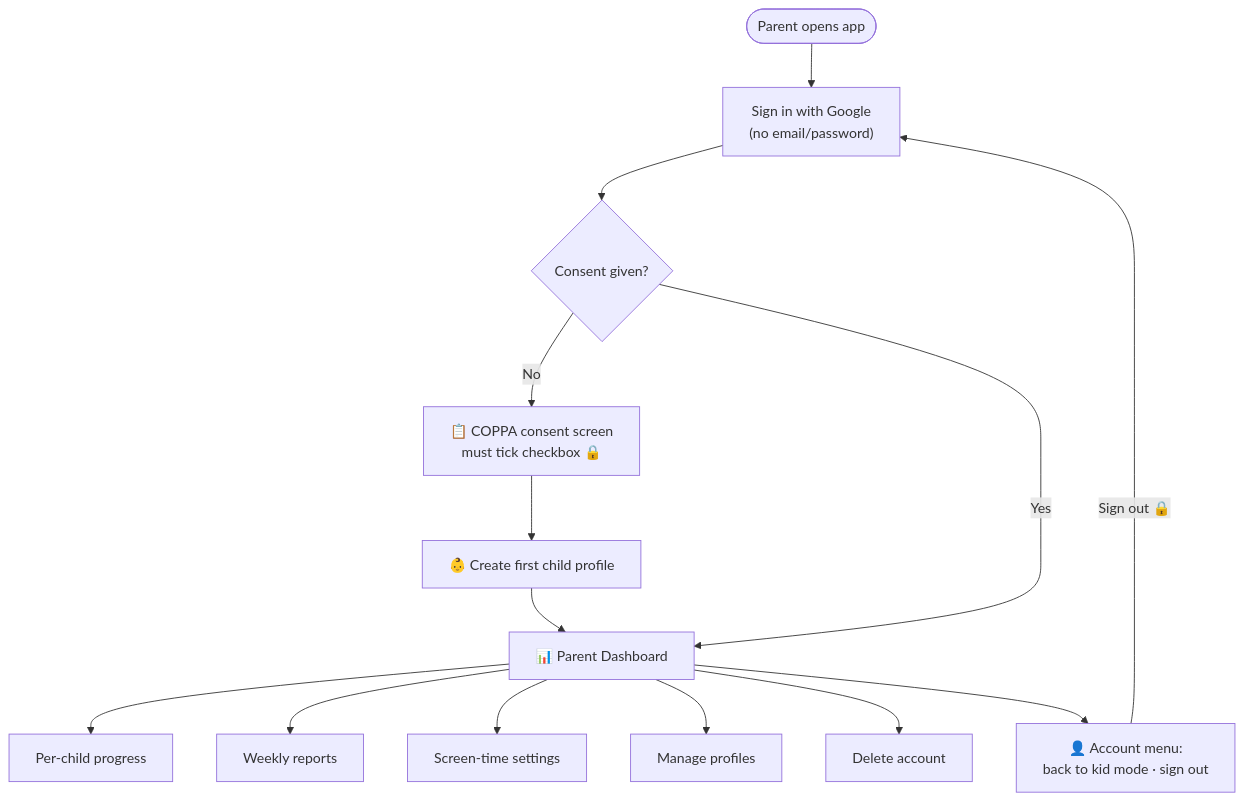
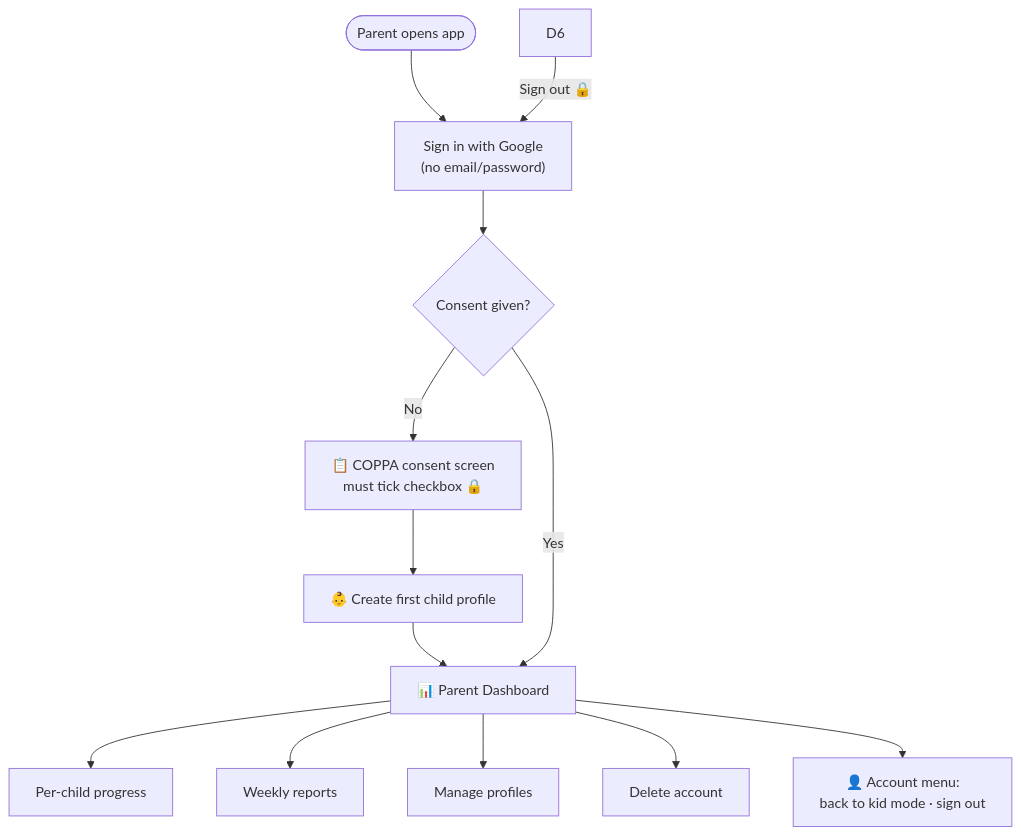
Diagram 12 of 26 in document/user-journey-manual.md (salmanbd100/kidlearn), drawn with Mermaid before and after one commit. The commit also changed other lines of this file and 7 other files, not shown here.

First line of the commit message:
docs: re-point the maintained screen-time references

````diff
--- a/document/user-journey-manual.md
+++ b/document/user-journey-manual.md
@@ -422,17 +402,16 @@
 ```mermaid
 flowchart TD
     Start([Parent opens app]) --> Google["Sign in with Google<br/>(no email/password)"]
     Google --> Consent{Consent given?}
     Consent -->|No| C["📋 COPPA consent screen<br/>must tick checkbox 🔒"]
     C --> Child1["👶 Create first child profile"]
     Child1 --> Dash
     Consent -->|Yes| Dash["📊 Parent Dashboard"]
 
     Dash --> D1[Per-child progress]
     Dash --> D2[Weekly reports]
-    Dash --> D3[Screen-time settings]
-    Dash --> D4[Manage profiles]
-    Dash --> D5[Delete account]
-    Dash --> D6["👤 Account menu:<br/>back to kid mode · sign out"]
+    Dash --> D3[Manage profiles]
+    Dash --> D4[Delete account]
+    Dash --> D5["👤 Account menu:<br/>back to kid mode · sign out"]
     D6 -->|Sign out 🔒| Google
 ```
````
